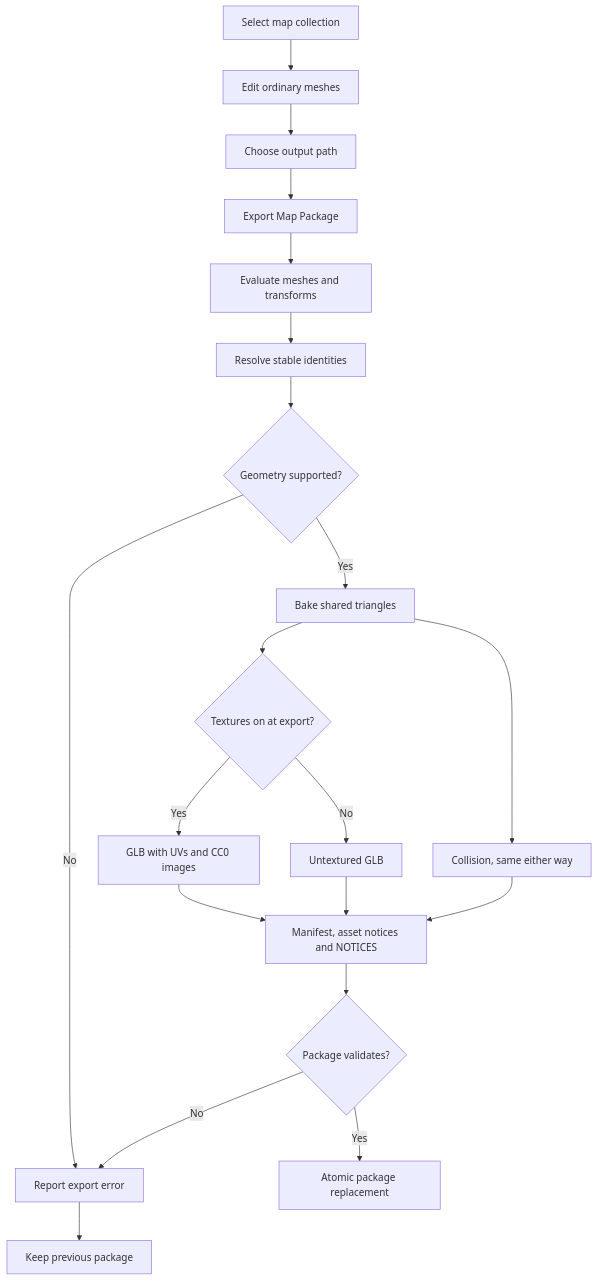
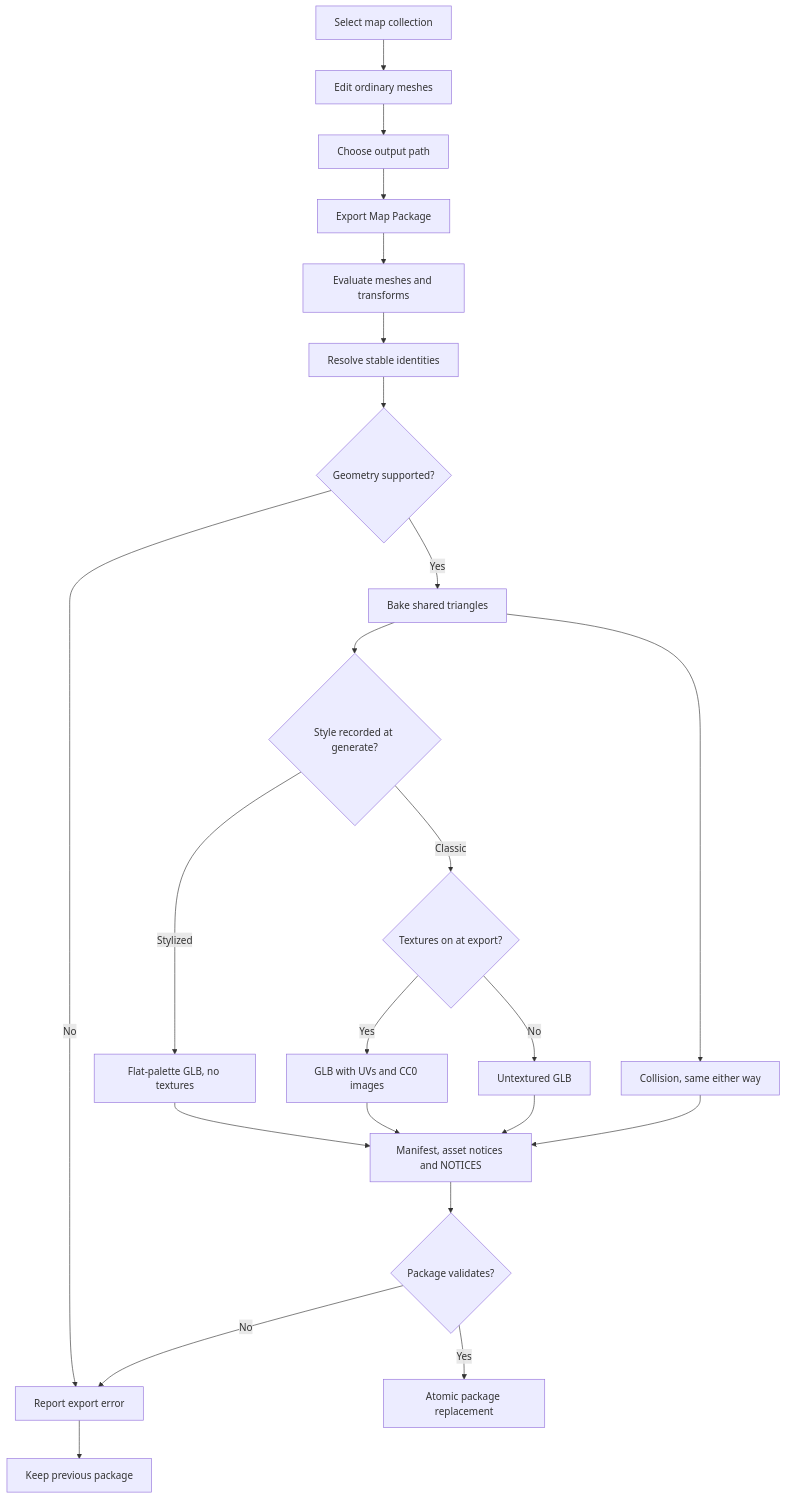
The diagram in docs/flows/export.md (lingshf/map-builder), drawn with Mermaid before and after one commit. The commit also changed other lines of this file and 29 other files, not shown here.

````diff
--- a/docs/flows/export.md
+++ b/docs/flows/export.md
@@ -11,22 +13,25 @@
 ```mermaid
 flowchart TD
   A[Select map collection] --> B[Edit ordinary meshes]
   B --> C[Choose output path]
   C --> D[Export Map Package]
   D --> E[Evaluate meshes and transforms]
   E --> F[Resolve stable identities]
   F --> G{Geometry supported?}
   G -->|No| H[Report export error]
   G -->|Yes| I[Bake shared triangles]
-  I --> T{Textures on at export?}
+  I --> S{Style recorded at generate?}
+  S -->|Stylized| P[Flat-palette GLB, no textures]
+  S -->|Classic| T{Textures on at export?}
   T -->|Yes| U[GLB with UVs and CC0 images]
   T -->|No| V[Untextured GLB]
+  P --> K
   I --> J[Collision, same either way]
   U --> K[Manifest, asset notices and NOTICES]
   V --> K
   J --> K
   K --> L{Package validates?}
   L -->|No| H
   H --> M[Keep previous package]
   L -->|Yes| N[Atomic package replacement]
 ```
````
